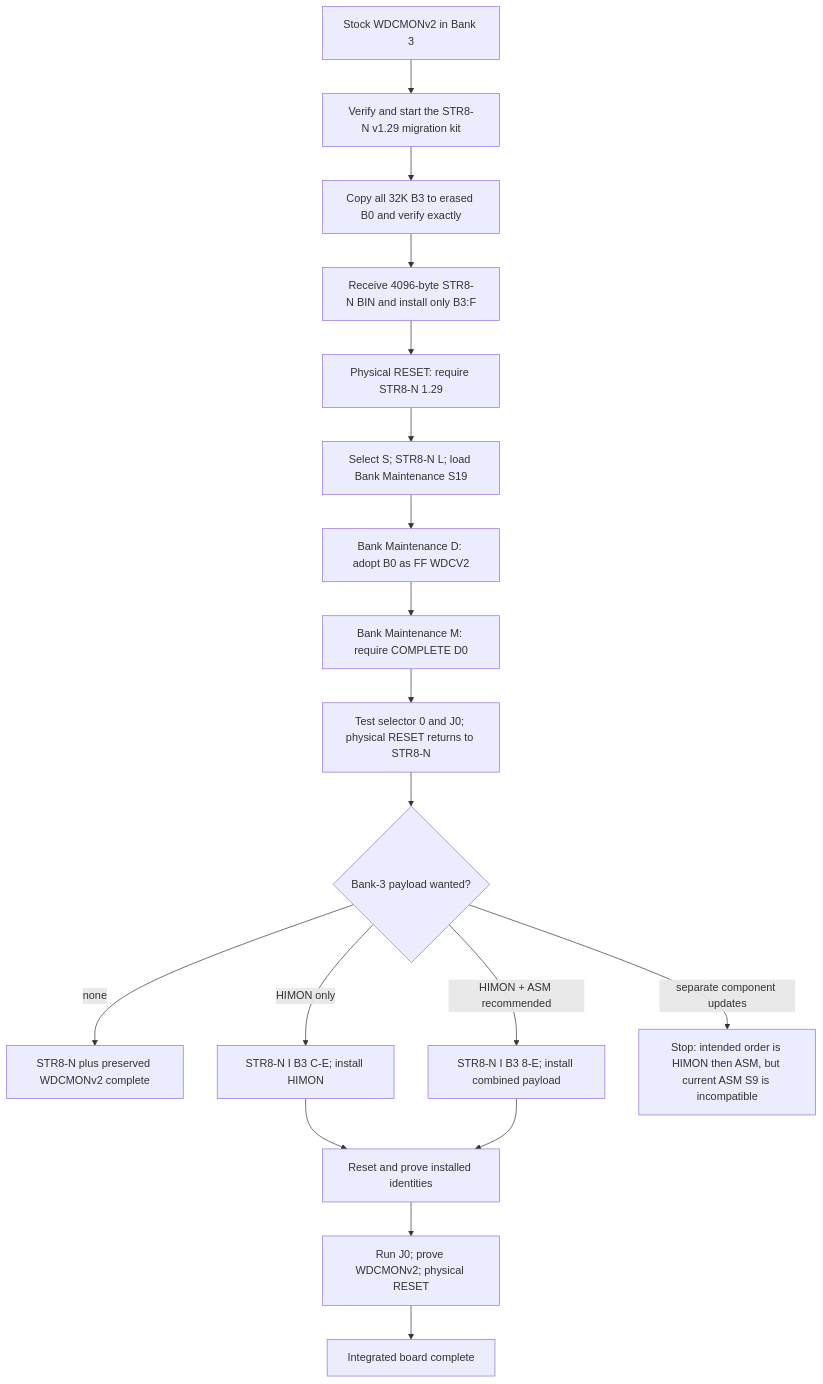
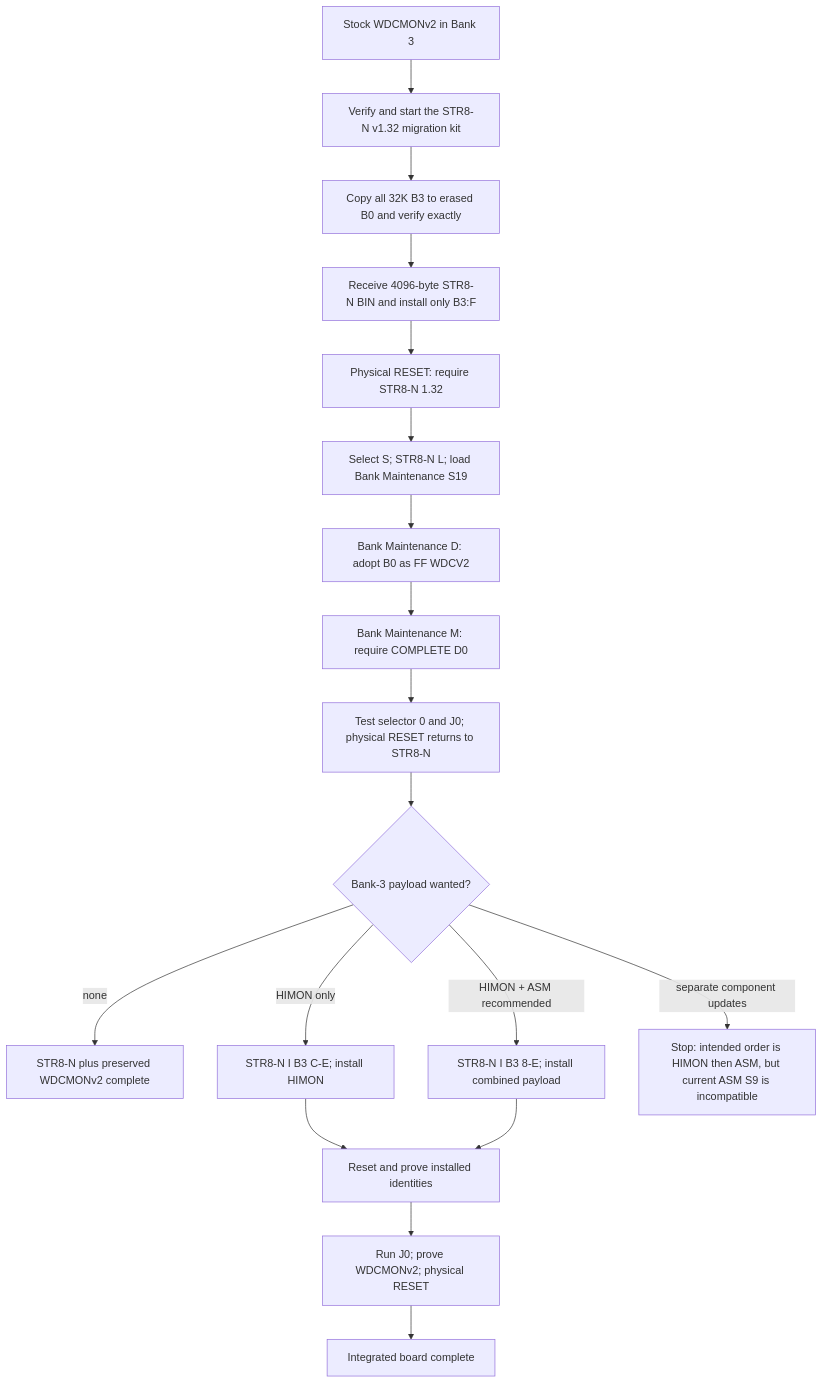
The diagram in DOC/GUIDES/INSTALLATION_FLOW.md (95westus/R-YORS), drawn with Mermaid before and after one commit. The commit also changed other lines of this file and 53 other files, not shown here.

````diff
--- a/DOC/GUIDES/INSTALLATION_FLOW.md
+++ b/DOC/GUIDES/INSTALLATION_FLOW.md
@@ -107,20 +107,20 @@
 ```mermaid
 flowchart TD
-    START[Stock WDCMONv2 in Bank 3] --> KIT[Verify and start the STR8-N v1.29 migration kit]
+    START[Stock WDCMONv2 in Bank 3] --> KIT[Verify and start the STR8-N v1.32 migration kit]
     KIT --> COPY[Copy all 32K B3 to erased B0 and verify exactly]
     COPY --> TOP[Receive 4096-byte STR8-N BIN and install only B3:F]
-    TOP --> BOOT[Physical RESET: require STR8-N 1.29]
+    TOP --> BOOT[Physical RESET: require STR8-N 1.32]
     BOOT --> BMLOAD[Select S; STR8-N L; load Bank Maintenance S19]
     BMLOAD --> ADOPT[Bank Maintenance D: adopt B0 as FF WDCV2]
     ADOPT --> MAP[Bank Maintenance M: require COMPLETE D0]
     MAP --> TESTWDC[Test selector 0 and J0; physical RESET returns to STR8-N]
     TESTWDC --> CHOICE{Bank-3 payload wanted?}
     CHOICE -->|none| DONE1[STR8-N plus preserved WDCMONv2 complete]
     CHOICE -->|HIMON only| HIMON[STR8-N I B3 C-E; install HIMON]
     CHOICE -->|HIMON + ASM recommended| BOTH[STR8-N I B3 8-E; install combined payload]
     CHOICE -->|separate component updates| BLOCKED[Stop: intended order is HIMON then ASM, but current ASM S9 is incompatible]
     HIMON --> PROVE[Reset and prove installed identities]
     BOTH --> PROVE
     PROVE --> WDCAGAIN[Run J0; prove WDCMONv2; physical RESET]
     WDCAGAIN --> DONE2[Integrated board complete]
 ```
````
